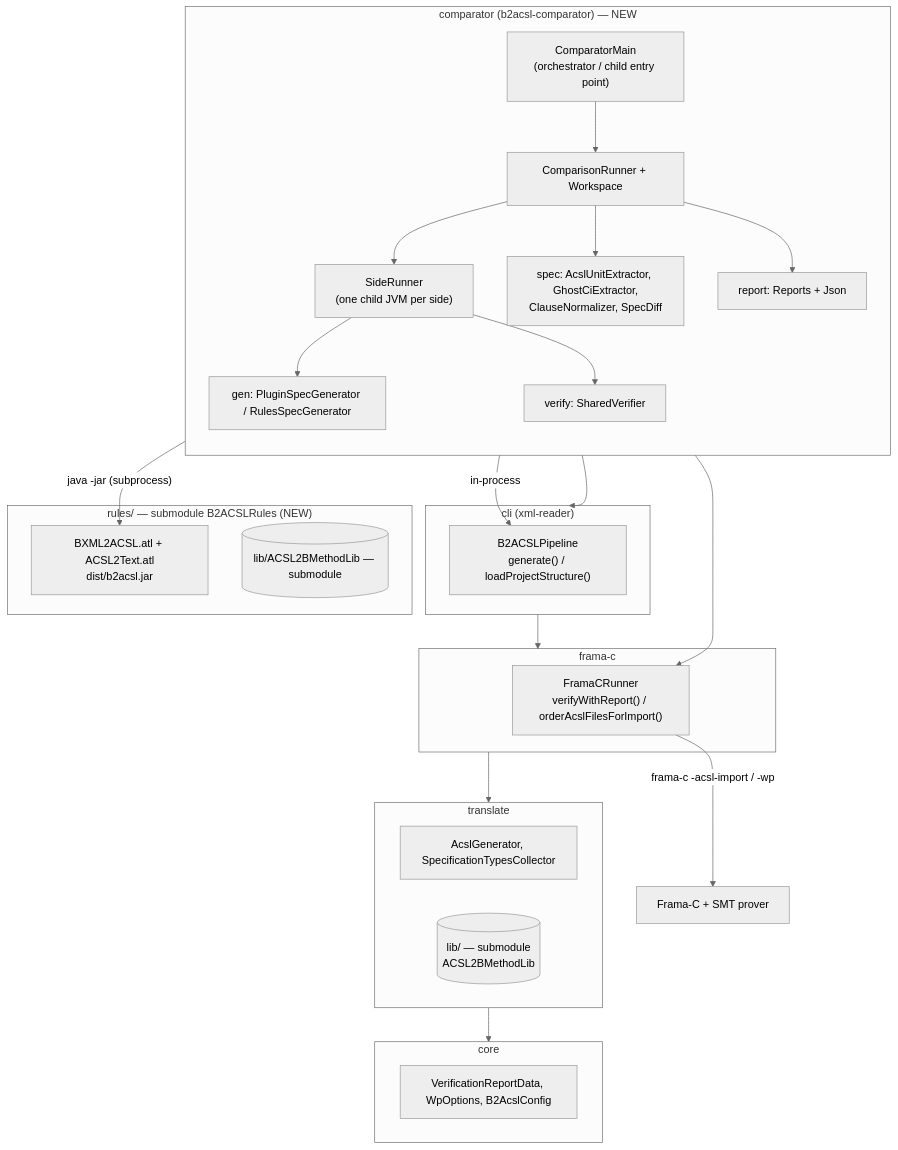
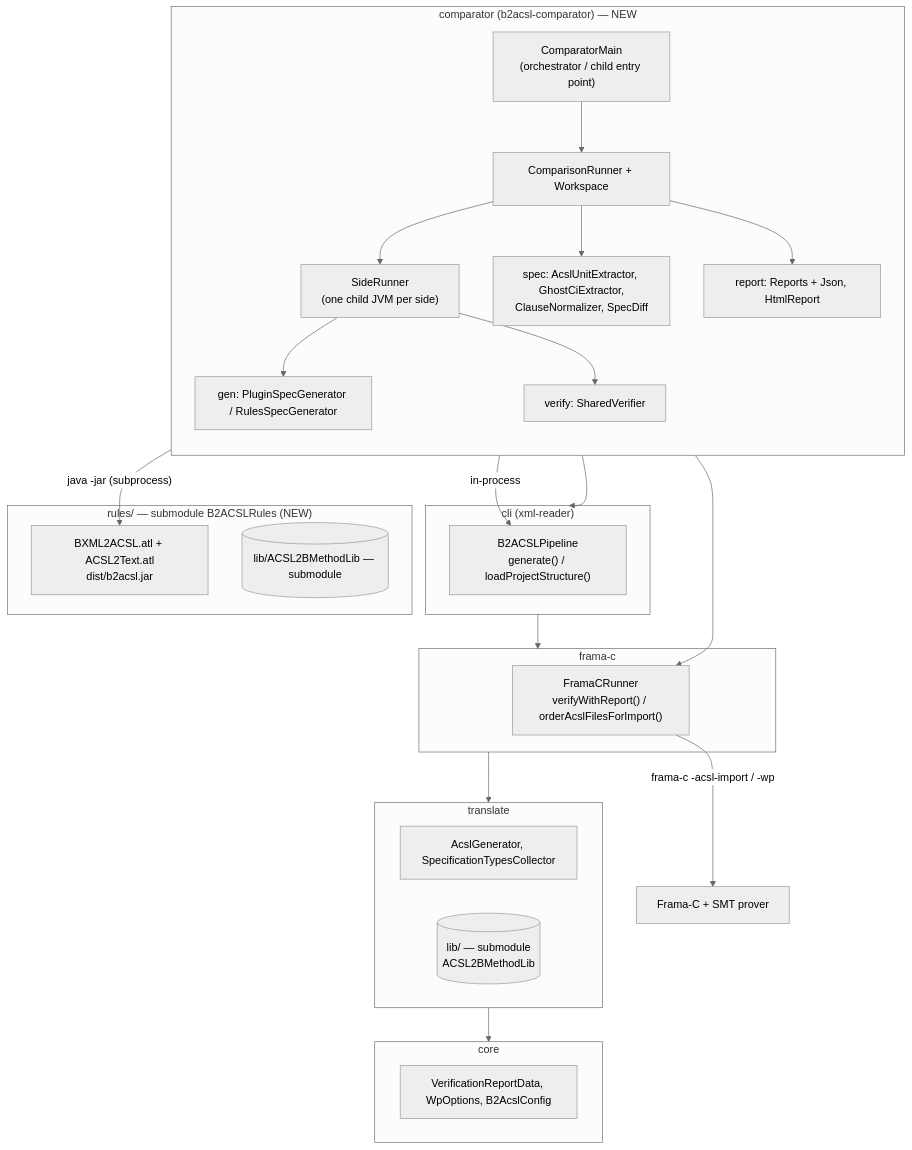
The diagram in comparator/README.md (fagnerdias/B2ACSLPlugin), drawn with Mermaid (neutral theme) before and after one commit. The commit also changed other lines of this file and 13 other files, not shown here.

````diff
--- a/comparator/README.md
+++ b/comparator/README.md
@@ -26,43 +26,43 @@
 ```mermaid
 flowchart TB
     subgraph COMPARATOR["comparator (b2acsl-comparator) — NEW"]
         direction TB
         MAIN["ComparatorMain<br/>(orchestrator / child entry point)"]
         RUNNER["ComparisonRunner + Workspace"]
         SIDE["SideRunner<br/>(one child JVM per side)"]
         GEN["gen: PluginSpecGenerator / RulesSpecGenerator"]
         SPEC["spec: AcslUnitExtractor, GhostCiExtractor,<br/>ClauseNormalizer, SpecDiff"]
         VER["verify: SharedVerifier"]
-        REP["report: Reports + Json"]
+        REP["report: Reports + Json, HtmlReport"]
         MAIN --> RUNNER --> SIDE
         SIDE --> GEN
         SIDE --> VER
         RUNNER --> SPEC
         RUNNER --> REP
     end
 
     subgraph CLI["cli (xml-reader)"]
         PIPE["B2ACSLPipeline<br/>generate() / loadProjectStructure()"]
     end
     subgraph FRAMAC["frama-c"]
         FCR["FramaCRunner<br/>verifyWithReport() / orderAcslFilesForImport()"]
     end
     subgraph TRANSLATE["translate"]
         TR["AcslGenerator, SpecificationTypesCollector"]
         LIB[("lib/ — submodule<br/>ACSL2BMethodLib")]
     end
     subgraph CORE["core"]
         UI["VerificationReportData, WpOptions, B2AcslConfig"]
     end
     subgraph RULES["rules/ — submodule B2ACSLRules (NEW)"]
         ATL["BXML2ACSL.atl + ACSL2Text.atl<br/>dist/b2acsl.jar"]
         RLIB[("lib/ACSL2BMethodLib — submodule")]
     end
 
     COMPARATOR --> CLI
     GEN -->|"in-process"| PIPE
     GEN -->|"java -jar (subprocess)"| ATL
     VER --> FCR
     CLI --> FRAMAC --> TRANSLATE --> CORE
     FCR -->|"frama-c -acsl-import / -wp"| FC["Frama-C + SMT prover"]
 ```
````
